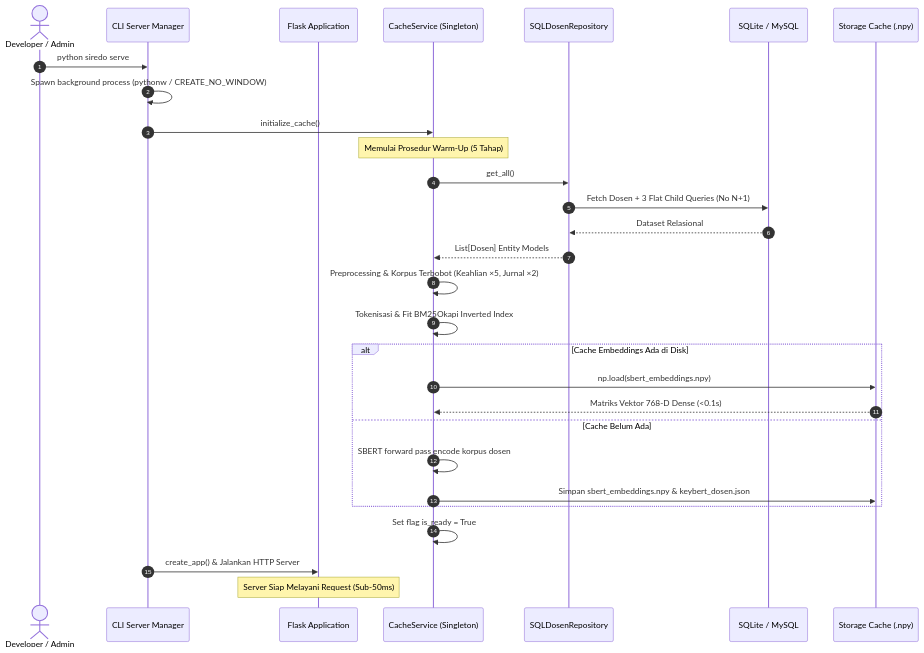
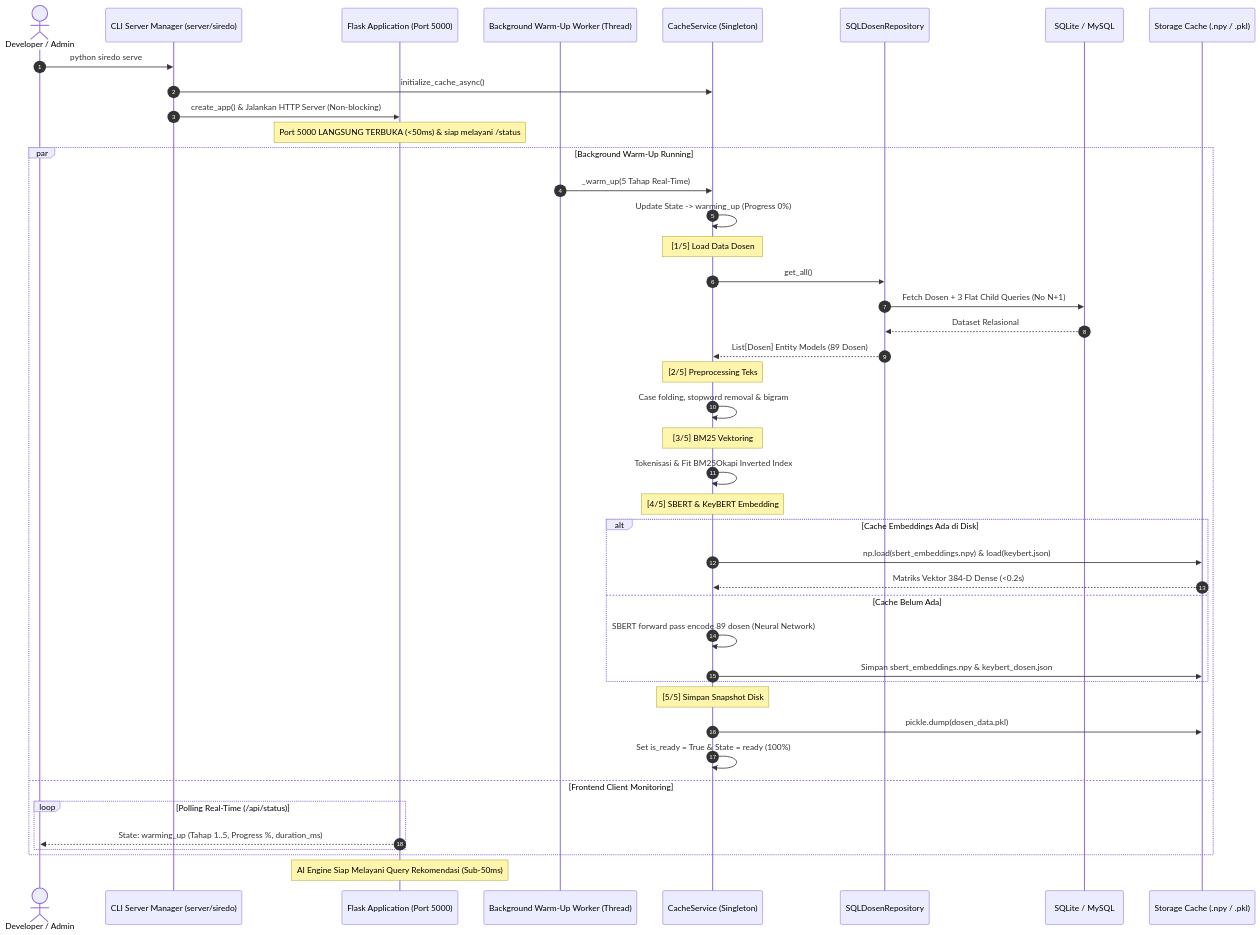
Before and after one commit to cello-marcelino/NLP-Base-Recommendation-System: the second of 9 diagrams in docs/system-design.md, drawn with Mermaid. The commit also changed other lines of this file, not shown here.

Commit message:
docs: update system-design.md with async warmup, hybrid incremental indexing, and lifecycle monitor

````diff
--- a/docs/system-design.md
+++ b/docs/system-design.md
@@ -58,35 +58,52 @@
 ```mermaid
 sequenceDiagram
     autonumber
     actor CLI as Developer / Admin
-    participant ServerCmd as CLI Server Manager
-    participant App as Flask Application
+    participant ServerCmd as CLI Server Manager (server/siredo)
+    participant App as Flask Application (Port 5000)
+    participant Worker as Background Warm-Up Worker (Thread)
     participant Cache as CacheService (Singleton)
     participant Repo as SQLDosenRepository
     participant DB as SQLite / MySQL
-    participant Disk as Storage Cache (.npy)
+    participant Disk as Storage Cache (.npy / .pkl)
 
     CLI->>ServerCmd: python siredo serve
-    ServerCmd->>ServerCmd: Spawn background process (pythonw / CREATE_NO_WINDOW)
-    ServerCmd->>Cache: initialize_cache()
-    Note over Cache: Memulai Prosedur Warm-Up (5 Tahap)
-    Cache->>Repo: get_all()
-    Repo->>DB: Fetch Dosen + 3 Flat Child Queries (No N+1)
-    DB-->>Repo: Dataset Relasional
-    Repo-->>Cache: List[Dosen] Entity Models
+    ServerCmd->>Cache: initialize_cache_async()
+    ServerCmd->>App: create_app() & Jalankan HTTP Server (Non-blocking)
+    Note over App: Port 5000 LANGSUNG TERBUKA (<50ms) & siap melayani /status
 
-    Cache->>Cache: Preprocessing & Korpus Terbobot (Keahlian ×5, Jurnal ×2)
-    Cache->>Cache: Tokenisasi & Fit BM25Okapi Inverted Index
+    par Background Warm-Up Running
+        Worker->>Cache: _warm_up(5 Tahap Real-Time)
+        Cache->>Cache: Update State -> warming_up (Progress 0%)
+        
+        Note over Cache: [1/5] Load Data Dosen
+        Cache->>Repo: get_all()
+        Repo->>DB: Fetch Dosen + 3 Flat Child Queries (No N+1)
+        DB-->>Repo: Dataset Relasional
+        Repo-->>Cache: List[Dosen] Entity Models (89 Dosen)
 
-    alt Cache Embeddings Ada di Disk
-        Cache->>Disk: np.load(sbert_embeddings.npy)
-        Disk-->>Cache: Matriks Vektor 768-D Dense (<0.1s)
-    else Cache Belum Ada
-        Cache->>Cache: SBERT forward pass encode korpus dosen
-        Cache->>Disk: Simpan sbert_embeddings.npy & keybert_dosen.json
+        Note over Cache: [2/5] Preprocessing Teks
+        Cache->>Cache: Case folding, stopword removal & bigram
+
+        Note over Cache: [3/5] BM25 Vektoring
+        Cache->>Cache: Tokenisasi & Fit BM25Okapi Inverted Index
+
+        Note over Cache: [4/5] SBERT & KeyBERT Embedding
+        alt Cache Embeddings Ada di Disk
+            Cache->>Disk: np.load(sbert_embeddings.npy) & load(keybert.json)
+            Disk-->>Cache: Matriks Vektor 384-D Dense (<0.2s)
+        else Cache Belum Ada
+            Cache->>Cache: SBERT forward pass encode 89 dosen (Neural Network)
+            Cache->>Disk: Simpan sbert_embeddings.npy & keybert_dosen.json
+        end
+
+        Note over Cache: [5/5] Simpan Snapshot Disk
+        Cache->>Disk: pickle.dump(dosen_data.pkl)
+        Cache->>Cache: Set is_ready = True & State = ready (100%)
+    and Frontend Client Monitoring
+        loop Polling Real-Time (/api/status)
+            App-->>CLI: State: warming_up (Tahap 1..5, Progress %, duration_ms)
+        end
     end
-
-    Cache->>Cache: Set flag is_ready = True
-    ServerCmd->>App: create_app() & Jalankan HTTP Server
-    Note over App: Server Siap Melayani Request (Sub-50ms)
+    Note over App: AI Engine Siap Melayani Query Rekomendasi (Sub-50ms)
 ```
````
